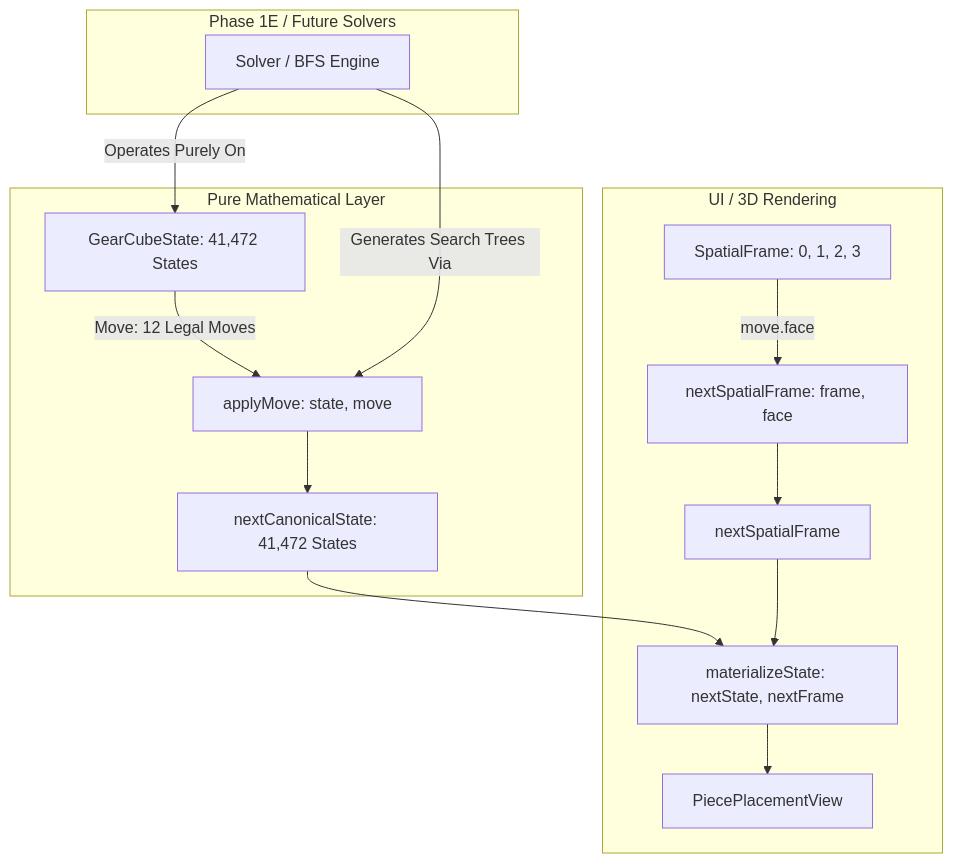
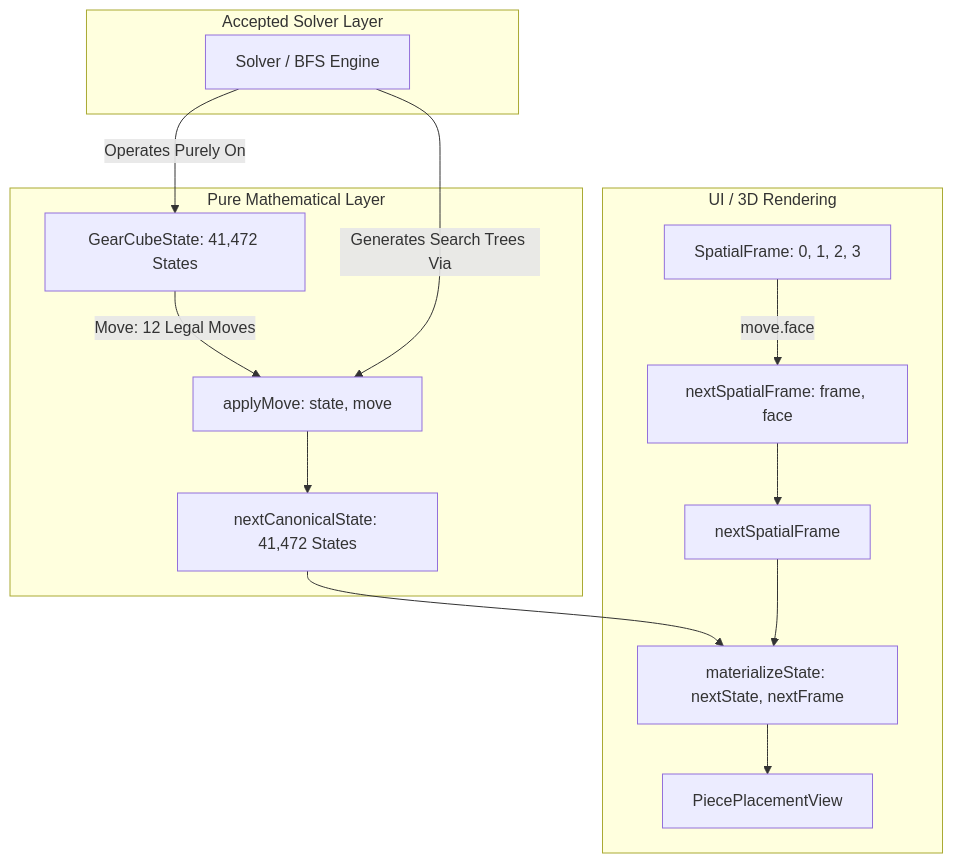
One commit to YI-TING-EE13/GearCube-Lab changed the diagram in docs/decisions/ADR-0005-CANONICAL-MOVE-TRANSITION-ALGEBRA.md. Above: the diagram before and after it, drawn with Mermaid. The commit also changed other lines of this file and 26 other files, not shown here.

````diff
--- a/docs/decisions/ADR-0005-CANONICAL-MOVE-TRANSITION-ALGEBRA.md
+++ b/docs/decisions/ADR-0005-CANONICAL-MOVE-TRANSITION-ALGEBRA.md
@@ -109,20 +112,20 @@
 ```mermaid
 graph TD
     subgraph Domain Core / Canonical Algebra [Pure Mathematical Layer]
         S[GearCubeState: 41,472 States] -->|Move: 12 Legal Moves| AM[applyMove: state, move]
         AM --> NS[nextCanonicalState: 41,472 States]
     end
 
-    subgraph Solver Layer [Phase 1E / Future Solvers]
+    subgraph Solver Layer [Accepted Solver Layer]
         SOLV[Solver / BFS Engine] -->|Operates Purely On| S
         SOLV -->|Generates Search Trees Via| AM
     end
 
     subgraph Application & Presentation Layer [UI / 3D Rendering]
         F[SpatialFrame: 0, 1, 2, 3] -->|move.face| NSF[nextSpatialFrame: frame, face]
         NSF --> NF[nextSpatialFrame]
         NS --> MAT[materializeState: nextState, nextFrame]
         NF --> MAT
         MAT --> VIEW[PiecePlacementView]
     end
 ```
````
